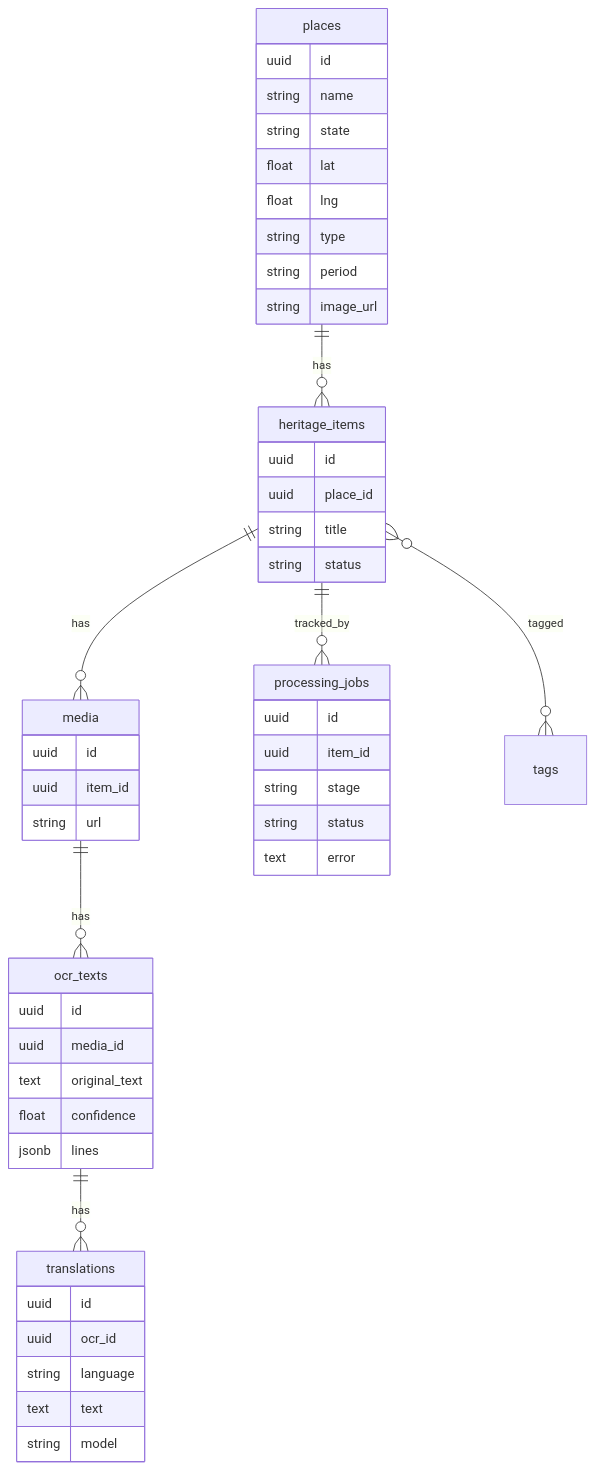
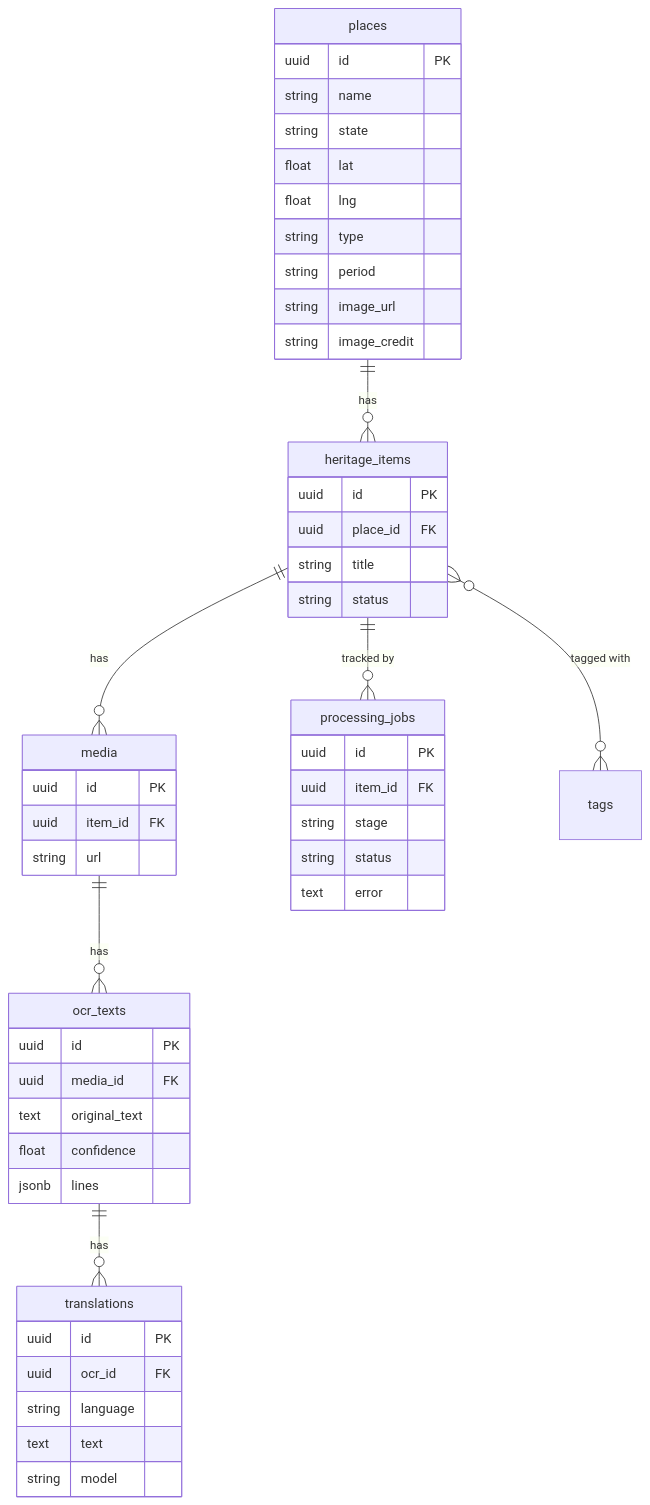
The fifth of 6 diagrams in README.md (GhostKernel19/virasat), drawn with Mermaid before and after one commit. The commit also changed other lines of this file and 3 other files, not shown here.

Commit message:
docs: add banner, problem and architecture illustrations

````diff
--- a/README.md
+++ b/README.md
@@ -41,15 +166,53 @@
 ```mermaid
 erDiagram
-  places ||--o{ heritage_items : has
-  heritage_items ||--o{ media : has
-  media ||--o{ ocr_texts : has
-  ocr_texts ||--o{ translations : has
-  heritage_items ||--o{ processing_jobs : tracked_by
-  heritage_items }o--o{ tags : tagged
-  places { uuid id string name string state float lat float lng string type string period string image_url }
-  heritage_items { uuid id uuid place_id string title string status }
-  media { uuid id uuid item_id string url }
-  ocr_texts { uuid id uuid media_id text original_text float confidence jsonb lines }
-  translations { uuid id uuid ocr_id string language text text string model }
-  processing_jobs { uuid id uuid item_id string stage string status text error }
+  places ||--o{ heritage_items : "has"
+  heritage_items ||--o{ media : "has"
+  media ||--o{ ocr_texts : "has"
+  ocr_texts ||--o{ translations : "has"
+  heritage_items ||--o{ processing_jobs : "tracked by"
+  heritage_items }o--o{ tags : "tagged with"
+
+  places {
+    uuid id PK
+    string name
+    string state
+    float lat
+    float lng
+    string type
+    string period
+    string image_url
+    string image_credit
+  }
+  heritage_items {
+    uuid id PK
+    uuid place_id FK
+    string title
+    string status
+  }
+  media {
+    uuid id PK
+    uuid item_id FK
+    string url
+  }
+  ocr_texts {
+    uuid id PK
+    uuid media_id FK
+    text original_text
+    float confidence
+    jsonb lines
+  }
+  translations {
+    uuid id PK
+    uuid ocr_id FK
+    string language
+    text text
+    string model
+  }
+  processing_jobs {
+    uuid id PK
+    uuid item_id FK
+    string stage
+    string status
+    text error
+  }
 ```
````
